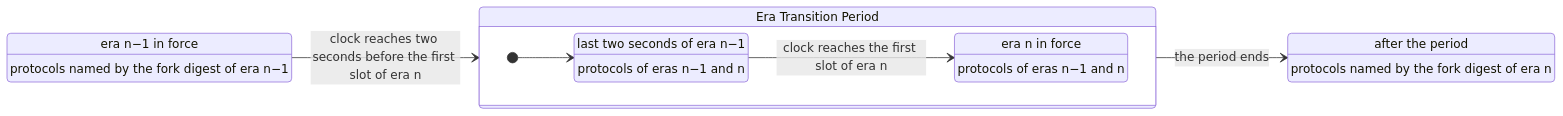
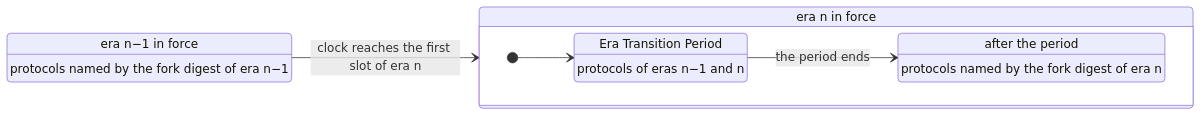
One commit to logos-co/logos-lips changed the sixth of 7 diagrams in docs/blockchain/raw/bedrock-eras.md. Above: the diagram before and after it, drawn with Mermaid. The commit also changed other lines of this file and 2 other files, not shown here.

Commit message:
docs(blockchain): restore the one-round clock bound in place of the two-second clock slack

````diff
--- a/docs/blockchain/raw/bedrock-eras.md
+++ b/docs/blockchain/raw/bedrock-eras.md
@@ -258,19 +258,16 @@
 ```mermaid
 stateDiagram-v2
     direction LR
     state "era n−1 in force" as a
     a: protocols named by the fork digest of era n−1
-    state "Era Transition Period" as p {
+    state "era n in force" as n {
         direction LR
-        state "last two seconds of era n−1" as e
-        e: protocols of eras n−1 and n
-        state "era n in force" as b
+        state "Era Transition Period" as b
         b: protocols of eras n−1 and n
-        [*] --> e
-        e --> b: clock reaches the first slot of era n
+        state "after the period" as c
+        c: protocols named by the fork digest of era n
+        [*] --> b
+        b --> c: the period ends
     }
-    state "after the period" as c
-    c: protocols named by the fork digest of era n
-    a --> p: clock reaches two seconds before the first slot of era n
-    p --> c: the period ends
+    a --> n: clock reaches the first slot of era n
 ```
````
